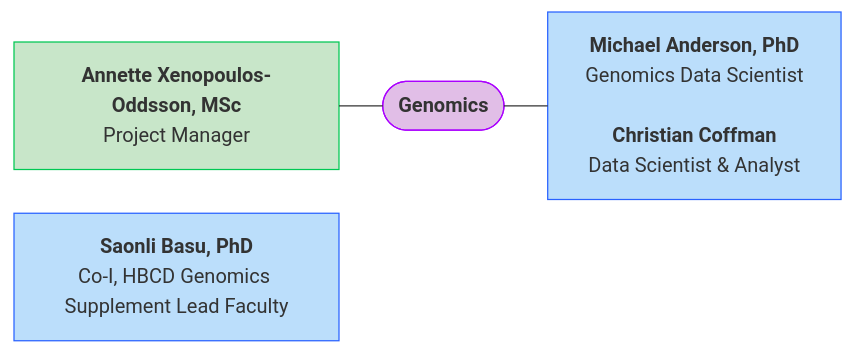
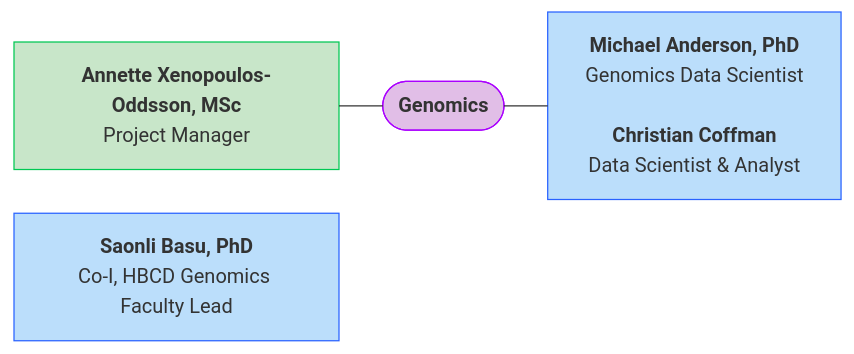
The tenth of 12 diagrams in docs/orgcharts.md (DCAN-Labs/hbcd-docs-internal), drawn with Mermaid before and after one commit. The commit also changed other lines of this file, not shown here.

````diff
--- a/docs/orgcharts.md
+++ b/docs/orgcharts.md
@@ -389,14 +389,14 @@
 ```mermaid
 ---
 config:
   layout: elk
 ---
 flowchart LR
     B["<b>Annette Xenopoulos-Oddsson, MSc</b><br>Project Manager"] --- n3(["<b>Genomics</b>"])
     n3 --- G["<b>Michael Anderson, PhD</b><br>Genomics Data Scientist<br><br><b>Christian Coffman</b><br>Data Scientist &amp; Analyst"]
-    E["<b>Saonli Basu, PhD</b><br>Co-I, HBCD Genomics Supplement Lead Faculty"]
+    E["<b>Saonli Basu, PhD</b><br>Co-I, HBCD Genomics Faculty Lead"]
     style B fill:#C8E6C9,stroke:#00C853
     style n3 fill:#E1BEE7,stroke:#AA00FF
     style G fill:#BBDEFB,stroke:#2962FF
     style E fill:#BBDEFB,stroke:#2962FF
 ```
````
